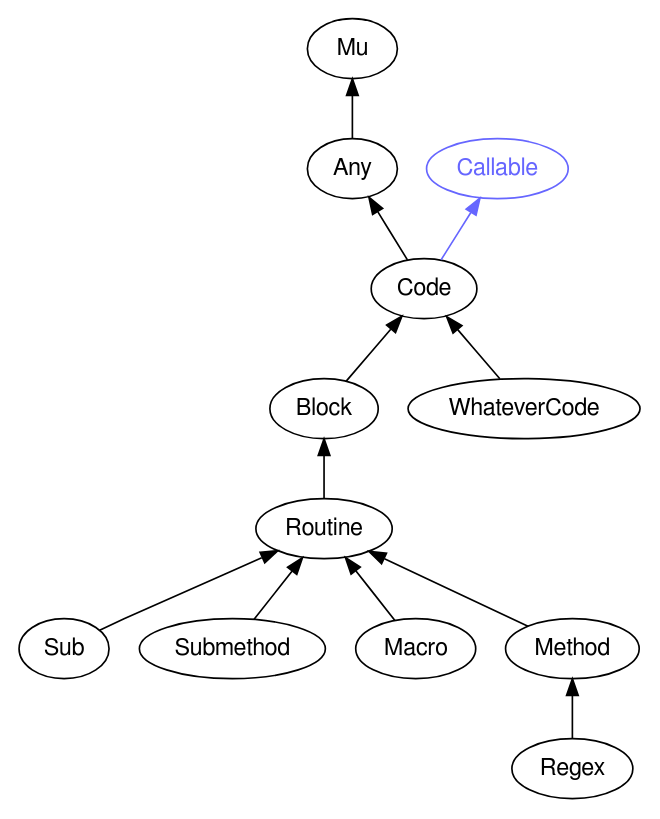
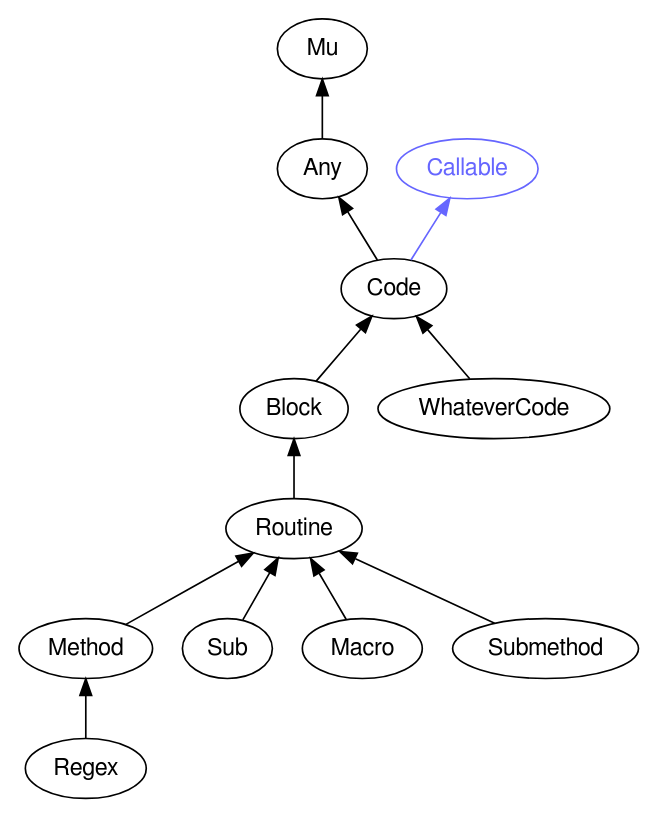
The diagram in images/type-graph-Code.svg.dot (perl6docs/perl6docs.github.io), drawn with Graphviz before and after one commit. The commit also changed other lines of this file and 1861 other files, not shown here.

```diff
--- a/images/type-graph-Code.svg.dot
+++ b/images/type-graph-Code.svg.dot
@@ -1,33 +1,33 @@
 digraph "perl6-type-graph" {
     rankdir=BT;
     splines=polyline;
     overlap=false; 
     // Types
     "Code" [color="#000000", fontcolor="#000000", href="/type/Code", fontname="FreeSans"];
     "Mu" [color="#000000", fontcolor="#000000", href="/type/Mu", fontname="FreeSans"];
     "Any" [color="#000000", fontcolor="#000000", href="/type/Any", fontname="FreeSans"];
     "Callable" [color="#6666FF", fontcolor="#6666FF", href="/type/Callable", fontname="FreeSans"];
     "Block" [color="#000000", fontcolor="#000000", href="/type/Block", fontname="FreeSans"];
     "WhateverCode" [color="#000000", fontcolor="#000000", href="/type/WhateverCode", fontname="FreeSans"];
     "Routine" [color="#000000", fontcolor="#000000", href="/type/Routine", fontname="FreeSans"];
+    "Method" [color="#000000", fontcolor="#000000", href="/type/Method", fontname="FreeSans"];
     "Sub" [color="#000000", fontcolor="#000000", href="/type/Sub", fontname="FreeSans"];
+    "Macro" [color="#000000", fontcolor="#000000", href="/type/Macro", fontname="FreeSans"];
     "Submethod" [color="#000000", fontcolor="#000000", href="/type/Submethod", fontname="FreeSans"];
-    "Macro" [color="#000000", fontcolor="#000000", href="/type/Macro", fontname="FreeSans"];
-    "Method" [color="#000000", fontcolor="#000000", href="/type/Method", fontname="FreeSans"];
     "Regex" [color="#000000", fontcolor="#000000", href="/type/Regex", fontname="FreeSans"];
 
     // Superclasses
     "Code" -> "Any" [color="#000000"];
     "Any" -> "Mu" [color="#000000"];
     "Block" -> "Code" [color="#000000"];
     "WhateverCode" -> "Code" [color="#000000"];
     "Routine" -> "Block" [color="#000000"];
+    "Method" -> "Routine" [color="#000000"];
     "Sub" -> "Routine" [color="#000000"];
+    "Macro" -> "Routine" [color="#000000"];
     "Submethod" -> "Routine" [color="#000000"];
-    "Macro" -> "Routine" [color="#000000"];
-    "Method" -> "Routine" [color="#000000"];
     "Regex" -> "Method" [color="#000000"];
 
     // Roles
     "Code" -> "Callable" [color="#6666FF"];
 }
```
